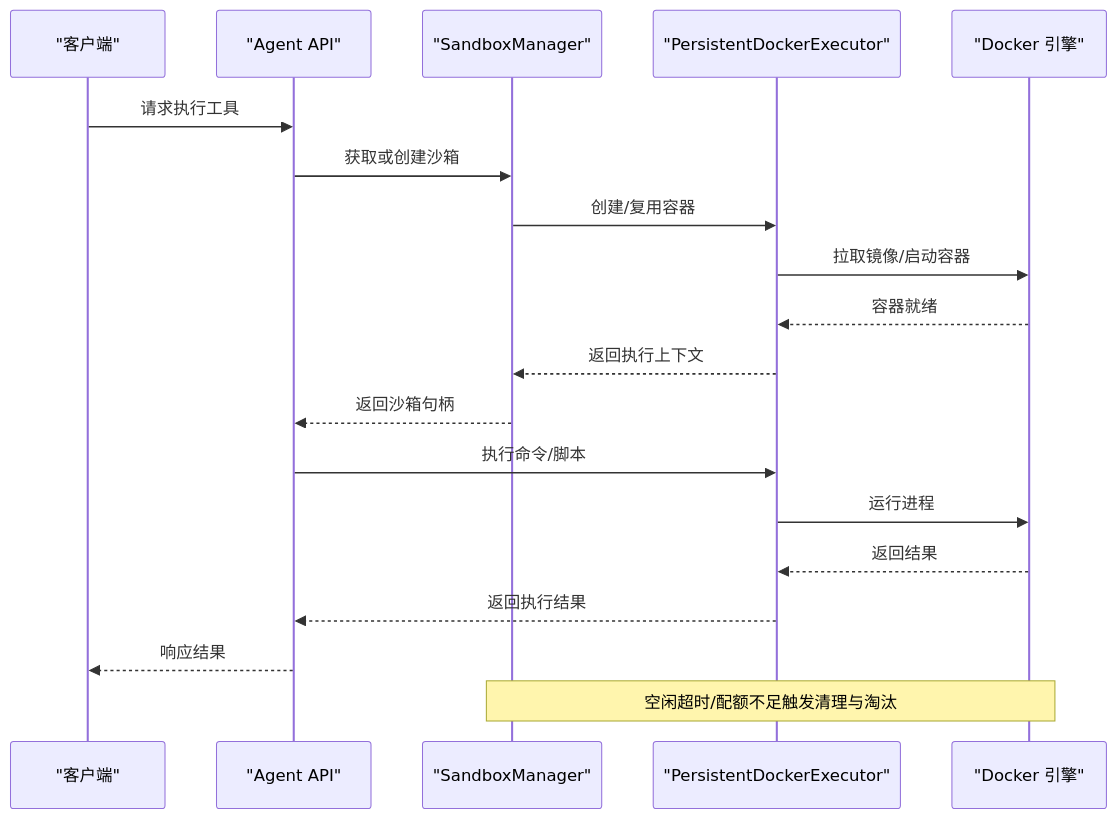
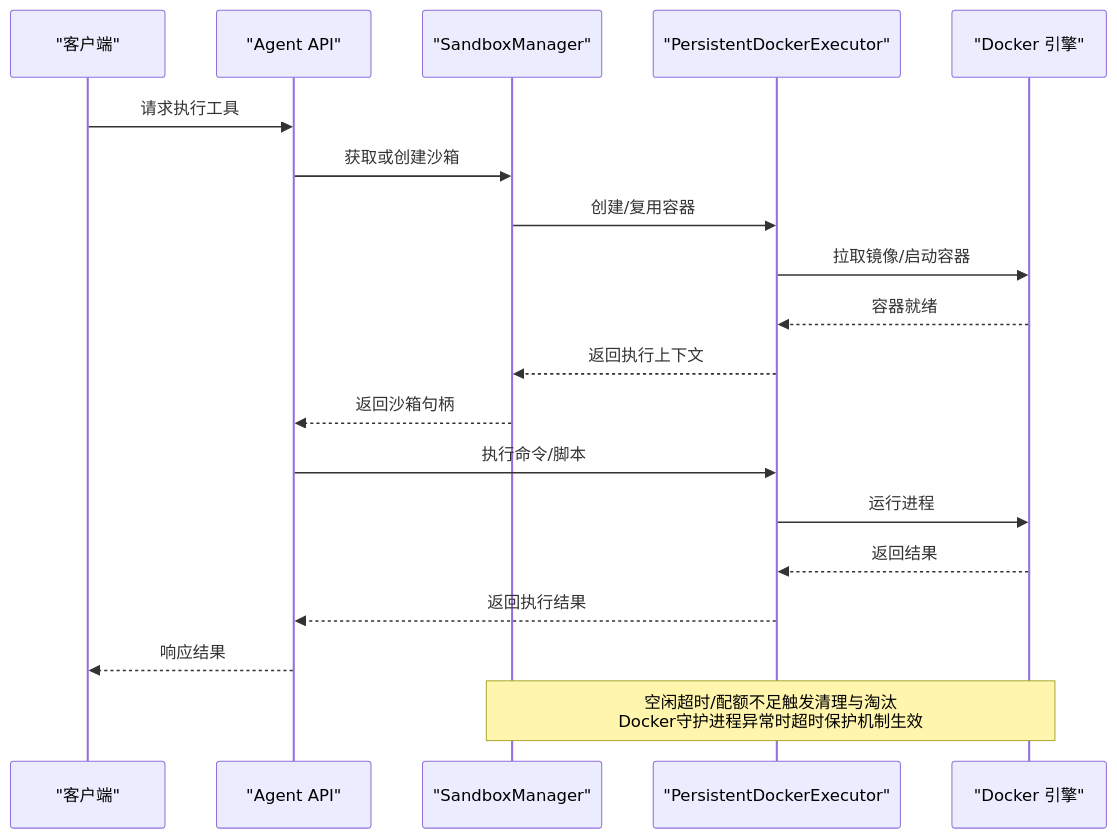
The second of 8 diagrams in .qoder/repowiki/zh/content/MCP工具系统/沙箱执行环境.md (tianyehedashu/ai-agent), drawn with Mermaid before and after one commit. The commit also changed other lines of this file and 25 other files, not shown here.

````diff
--- a/.qoder/repowiki/zh/content/MCP工具系统/沙箱执行环境.md
+++ b/.qoder/repowiki/zh/content/MCP工具系统/沙箱执行环境.md
@@ -97,21 +108,21 @@
 ```mermaid
 sequenceDiagram
 participant Client as "客户端"
 participant API as "Agent API"
 participant SM as "SandboxManager"
 participant Exec as "PersistentDockerExecutor"
 participant Docker as "Docker 引擎"
 Client->>API : 请求执行工具
 API->>SM : 获取或创建沙箱
 SM->>Exec : 创建/复用容器
 Exec->>Docker : 拉取镜像/启动容器
 Docker-->>Exec : 容器就绪
 Exec-->>SM : 返回执行上下文
 SM-->>API : 返回沙箱句柄
 API->>Exec : 执行命令/脚本
 Exec->>Docker : 运行进程
 Docker-->>Exec : 返回结果
 Exec-->>API : 返回执行结果
 API-->>Client : 响应结果
-Note over SM,Docker : 空闲超时/配额不足触发清理与淘汰
+Note over SM,Docker : 空闲超时/配额不足触发清理与淘汰<br/>Docker守护进程异常时超时保护机制生效
 ```
````
